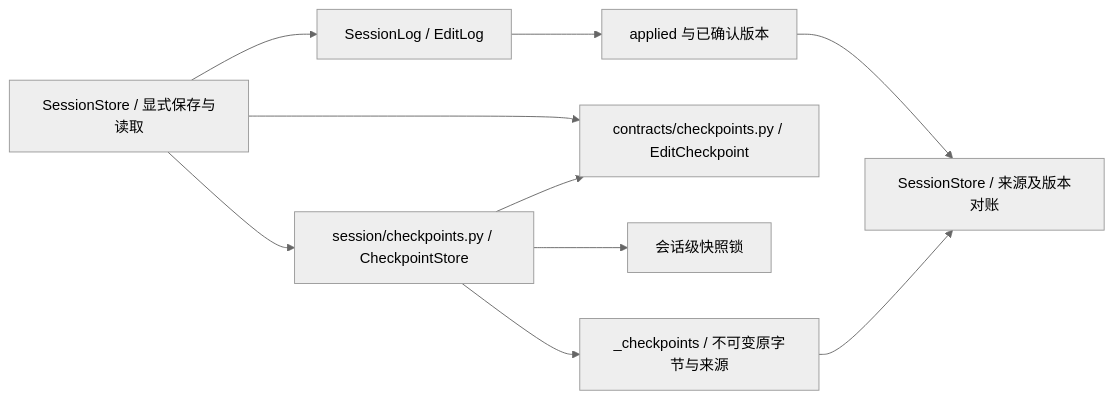
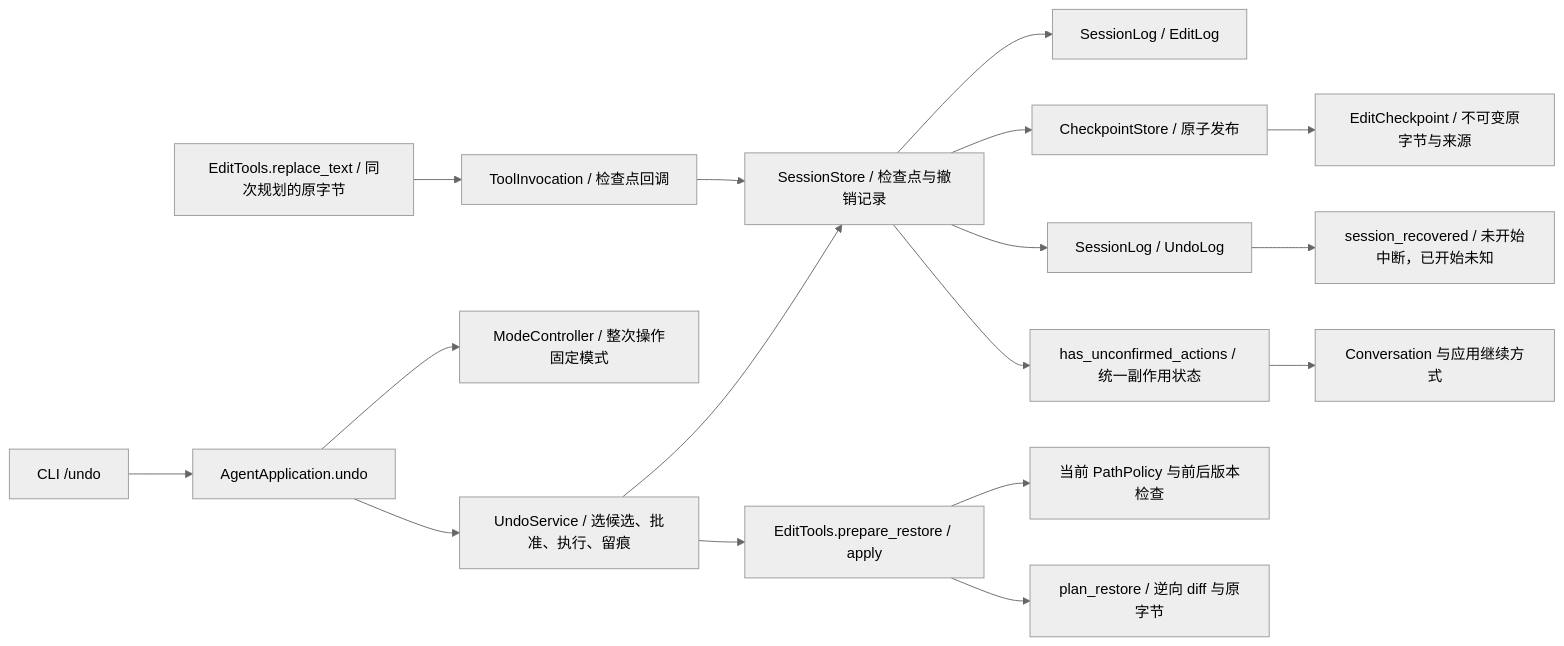
One commit to Plvltra/AdamAgent changed the first of 20 diagrams in docs/architecture.md. Above: the diagram before and after it, drawn with Mermaid (neutral theme). The commit also changed other lines of this file and 25 other files, not shown here.

```diff
--- a/docs/architecture.md
+++ b/docs/architecture.md
@@ -13,12 +13,19 @@
 ~~~mermaid
 flowchart LR
-    CP_API["SessionStore / 显式保存与读取"] --> CP_LOG["SessionLog / EditLog"]
-    CP_API --> CP_VALUE["contracts/checkpoints.py / EditCheckpoint"]
-    CP_API --> CP_STORE["session/checkpoints.py / CheckpointStore"]
-    CP_STORE --> CP_VALUE
-    CP_STORE --> CP_LOCK["会话级快照锁"]
-    CP_STORE --> CP_DISK["_checkpoints / 不可变原字节与来源"]
-    CP_LOG --> CP_SUCCESS["applied 与已确认版本"]
-    CP_SUCCESS --> CP_COMPARE["SessionStore / 来源及版本对账"]
-    CP_DISK --> CP_COMPARE
+    CP_EDIT["EditTools.replace_text / 同次规划的原字节"] --> CP_INV["ToolInvocation / 检查点回调"]
+    CP_INV --> CP_API["SessionStore / 检查点与撤销记录"]
+    CP_API --> CP_LOG["SessionLog / EditLog"]
+    CP_API --> CP_STORE["CheckpointStore / 原子发布"]
+    CP_STORE --> CP_VALUE["EditCheckpoint / 不可变原字节与来源"]
+    CP_CLI["CLI /undo"] --> CP_APP["AgentApplication.undo"]
+    CP_APP --> CP_MODE["ModeController / 整次操作固定模式"]
+    CP_APP --> CP_UNDO["UndoService / 选候选、批准、执行、留痕"]
+    CP_UNDO --> CP_API
+    CP_UNDO --> CP_RESTORE["EditTools.prepare_restore / apply"]
+    CP_RESTORE --> CP_POLICY["当前 PathPolicy 与前后版本检查"]
+    CP_RESTORE --> CP_PLAN["plan_restore / 逆向 diff 与原字节"]
+    CP_API --> CP_ULOG["SessionLog / UndoLog"]
+    CP_ULOG --> CP_RECOVER["session_recovered / 未开始中断，已开始未知"]
+    CP_API --> CP_STATE["has_unconfirmed_actions / 统一副作用状态"]
+    CP_STATE --> CP_CHECK["Conversation 与应用继续方式"]
 ~~~
```
